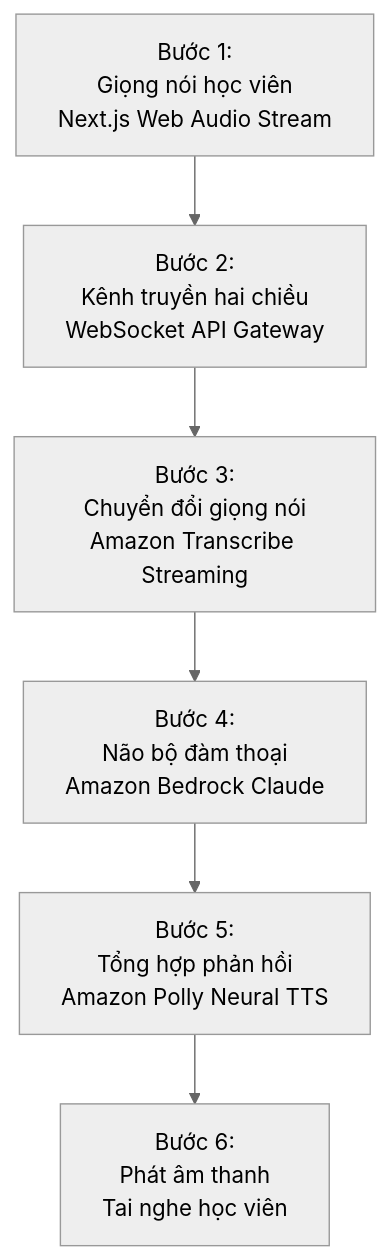
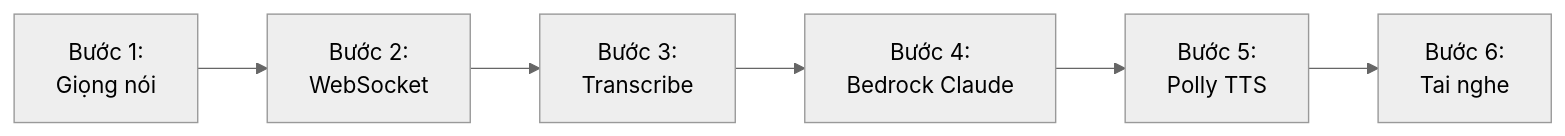
The first of 2 diagrams in content/posts/lexi-ai-english-tutor.md (nguyengoctin/my_website), drawn with Mermaid (neutral theme) before and after one commit. The commit also changed 32 other files, not shown here.

````diff
--- a/content/posts/lexi-ai-english-tutor.md
+++ b/content/posts/lexi-ai-english-tutor.md
@@ -34,14 +34,8 @@
 ```mermaid
-flowchart TD
-    AudioIn["Bước 1:<br/>Giọng nói học viên<br/>Next.js Web Audio Stream"]
-    WSS["Bước 2:<br/>Kênh truyền hai chiều<br/>WebSocket API Gateway"]
-    STT["Bước 3:<br/>Chuyển đổi giọng nói<br/>Amazon Transcribe Streaming"]
-    LLM["Bước 4:<br/>Não bộ đàm thoại<br/>Amazon Bedrock Claude"]
-    TTS["Bước 5:<br/>Tổng hợp phản hồi<br/>Amazon Polly Neural TTS"]
-    AudioOut["Bước 6:<br/>Phát âm thanh<br/>Tai nghe học viên"]
-    AudioIn --> WSS
-    WSS --> STT
-    STT --> LLM
-    LLM --> TTS
-    TTS --> AudioOut
+flowchart LR
+    AudioIn["Bước 1:<br/>Giọng nói"] --> WSS["Bước 2:<br/>WebSocket"]
+    WSS --> STT["Bước 3:<br/>Transcribe"]
+    STT --> LLM["Bước 4:<br/>Bedrock Claude"]
+    LLM --> TTS["Bước 5:<br/>Polly TTS"]
+    TTS --> AudioOut["Bước 6:<br/>Tai nghe"]
 ```
````
